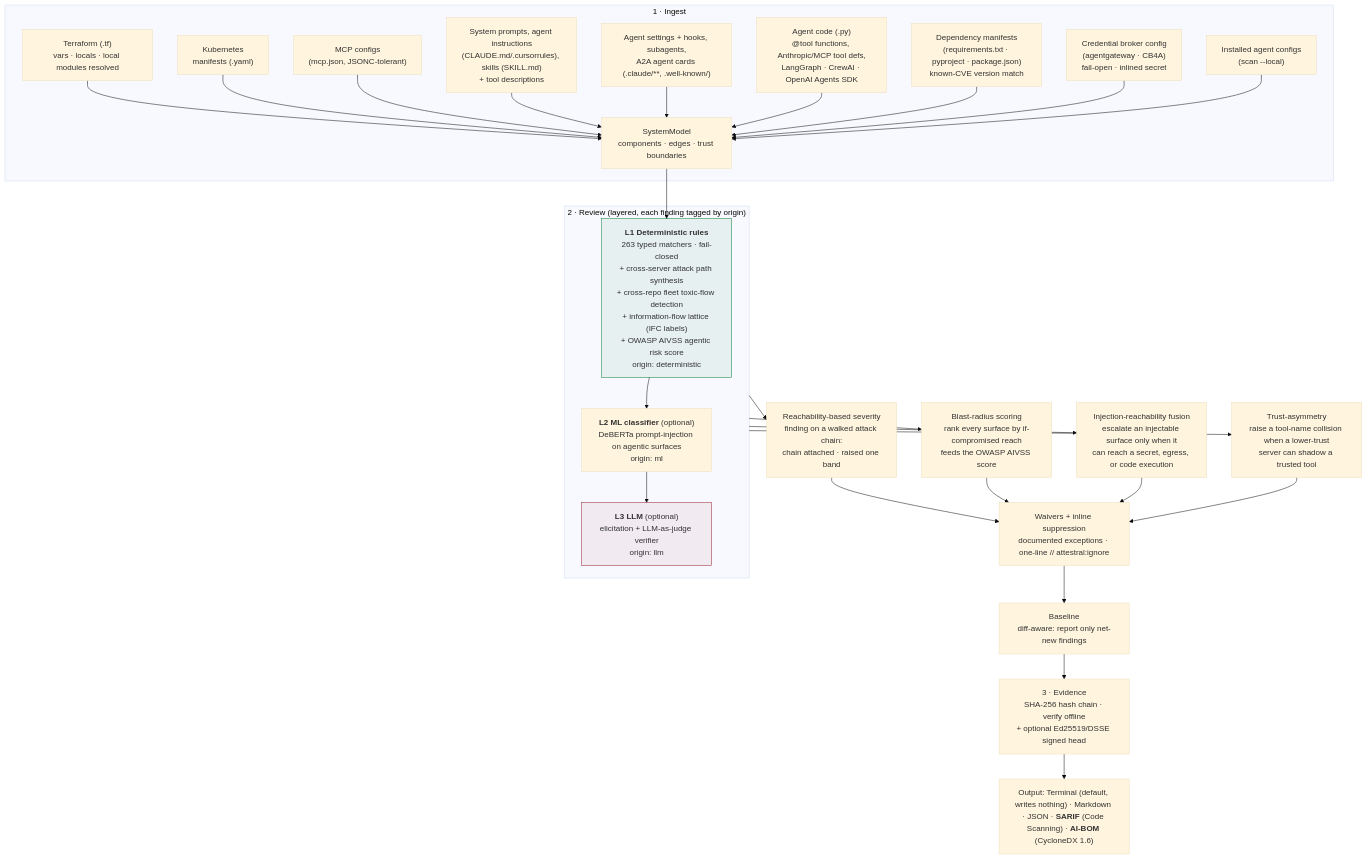
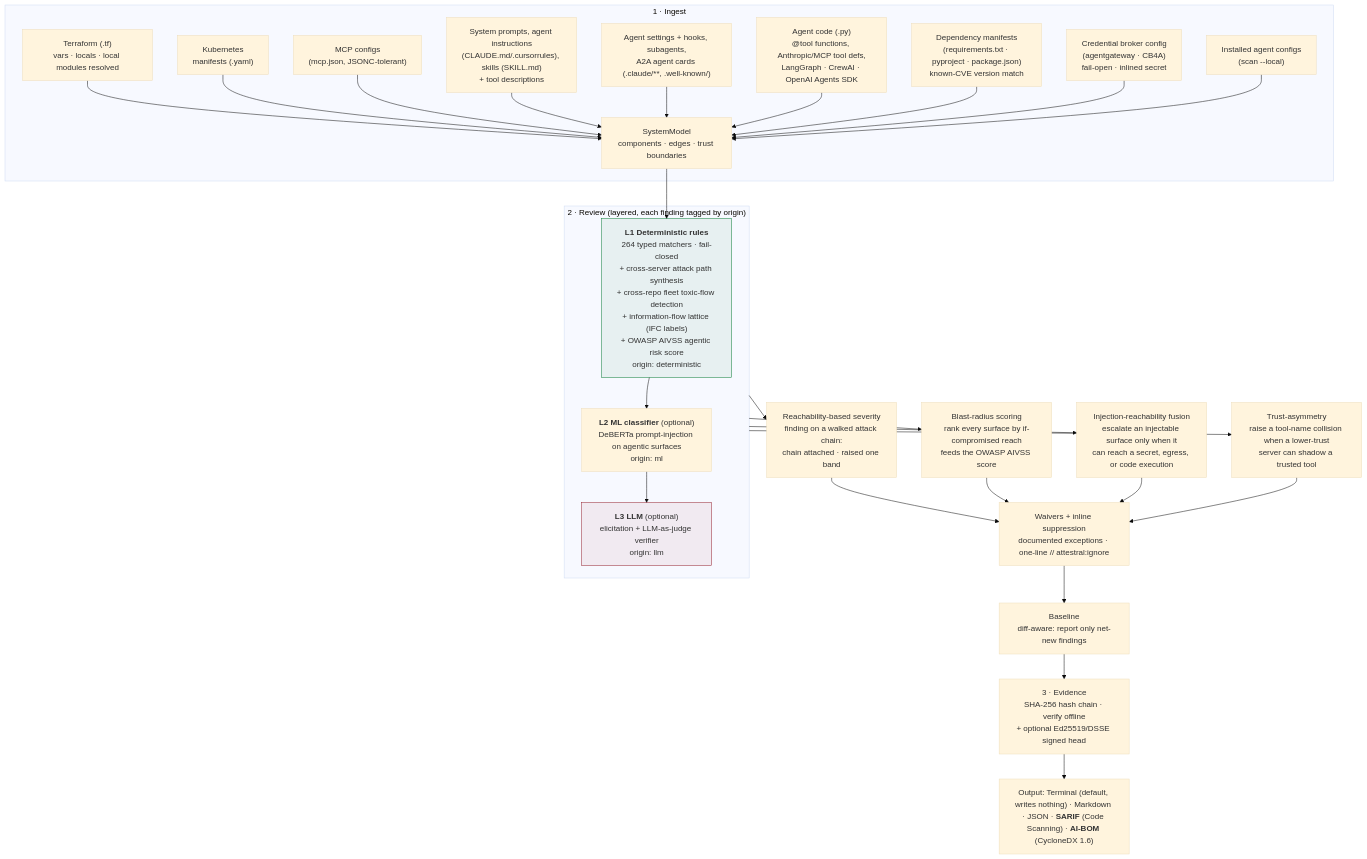
Before and after one commit to attestral-labs/attestral: the first of 4 diagrams in README.md, drawn with Mermaid (base theme). The commit also changed other lines of this file and 14 other files, not shown here.

````diff
--- a/README.md
+++ b/README.md
@@ -123,35 +123,35 @@
 ```mermaid
 flowchart TB
     subgraph ING["1 · Ingest"]
         TF["Terraform (.tf)<br/>vars · locals · local modules resolved"] --> M
         K8S["Kubernetes<br/>manifests (.yaml)"] --> M
         MCP["MCP configs<br/>(mcp.json, JSONC-tolerant)"] --> M
         SP["System prompts, agent instructions<br/>(CLAUDE.md/.cursorrules), skills (SKILL.md)<br/>+ tool descriptions"] --> M
         AC["Agent settings + hooks, subagents,<br/>A2A agent cards (.claude/**, .well-known/)"] --> M
         CODE["Agent code (.py)<br/>@tool functions, Anthropic/MCP tool defs,<br/>LangGraph · CrewAI · OpenAI Agents SDK"] --> M
         DEP["Dependency manifests<br/>(requirements.txt · pyproject · package.json)<br/>known-CVE version match"] --> M
         GW["Credential broker config<br/>(agentgateway · CB4A)<br/>fail-open · inlined secret"] --> M
         LC["Installed agent configs<br/>(scan --local)"] --> M
         M["SystemModel<br/>components · edges · trust boundaries"]
     end
     M --> L1
     subgraph REV["2 · Review (layered, each finding tagged by origin)"]
-        L1["<b>L1 Deterministic rules</b><br/>263 typed matchers · fail-closed<br/>+ cross-server attack path synthesis<br/>+ cross-repo fleet toxic-flow detection<br/>+ information-flow lattice (IFC labels)<br/>+ OWASP AIVSS agentic risk score<br/>origin: deterministic"]
+        L1["<b>L1 Deterministic rules</b><br/>264 typed matchers · fail-closed<br/>+ cross-server attack path synthesis<br/>+ cross-repo fleet toxic-flow detection<br/>+ information-flow lattice (IFC labels)<br/>+ OWASP AIVSS agentic risk score<br/>origin: deterministic"]
         L2["<b>L2 ML classifier</b> (optional)<br/>DeBERTa prompt-injection on agentic surfaces<br/>origin: ml"]
         L3["<b>L3 LLM</b> (optional)<br/>elicitation + LLM-as-judge verifier<br/>origin: llm"]
         L1 --> L2 --> L3
     end
     REV --> RS["Reachability-based severity<br/>finding on a walked attack chain:<br/>chain attached · raised one band"]
     REV --> BR["Blast-radius scoring<br/>rank every surface by if-compromised reach<br/>feeds the OWASP AIVSS score"]
     REV --> IR["Injection-reachability fusion<br/>escalate an injectable surface only when it<br/>can reach a secret, egress, or code execution"]
     REV --> TA["Trust-asymmetry<br/>raise a tool-name collision when a lower-trust<br/>server can shadow a trusted tool"]
     RS --> W["Waivers + inline suppression<br/>documented exceptions · one-line // attestral:ignore"]
     BR --> W
     IR --> W
     TA --> W
     W --> BL["Baseline<br/>diff-aware: report only net-new findings"]
     BL --> EV["3 · Evidence<br/>SHA-256 hash chain · verify offline<br/>+ optional Ed25519/DSSE signed head"]
     EV --> OUT["Output: Terminal (default, writes nothing) · Markdown · JSON · <b>SARIF</b> (Code Scanning) · <b>AI-BOM</b> (CycloneDX 1.6)"]
     style L1 fill:#0a7d3611,stroke:#0a7d36
     style L3 fill:#96222E11,stroke:#96222E
 ```
````
